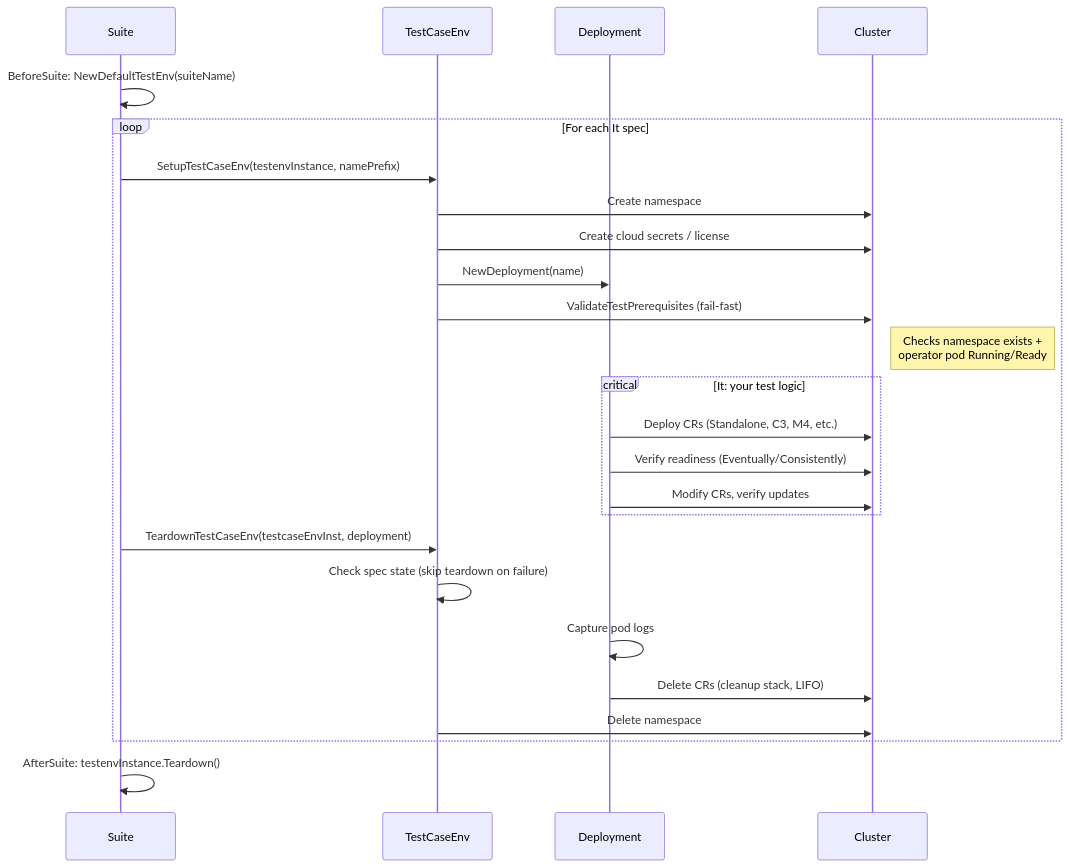
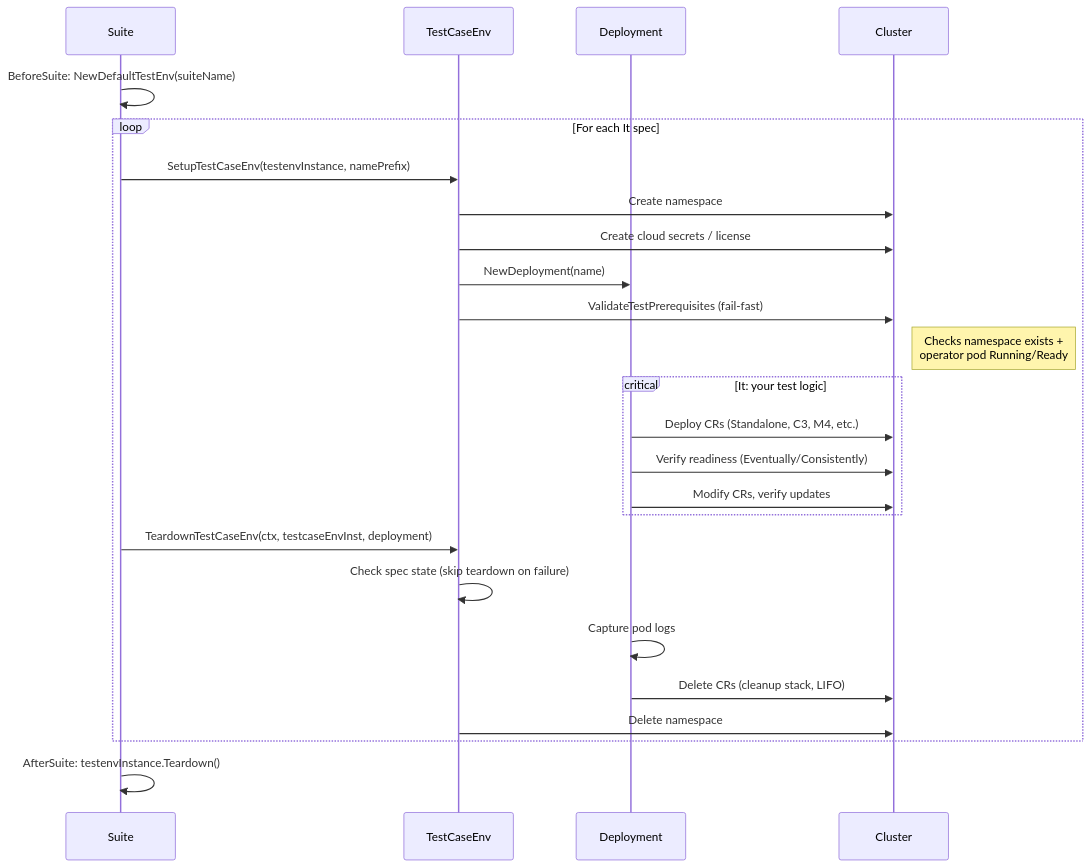
The second of 2 diagrams in docs/develop/IntegrationTesting.md (splunk/splunk-operator), drawn with Mermaid before and after one commit. The commit also changed other lines of this file and 3 other files, not shown here.

````diff
--- a/docs/develop/IntegrationTesting.md
+++ b/docs/develop/IntegrationTesting.md
@@ -144,32 +140,32 @@
 ```mermaid
 sequenceDiagram
     participant Suite
     participant TestCaseEnv
     participant Deployment
     participant Cluster
 
     Suite->>Suite: BeforeSuite: NewDefaultTestEnv(suiteName)
 
     loop For each It spec
         Suite->>TestCaseEnv: SetupTestCaseEnv(testenvInstance, namePrefix)
         TestCaseEnv->>Cluster: Create namespace
         TestCaseEnv->>Cluster: Create cloud secrets / license
         TestCaseEnv->>Deployment: NewDeployment(name)
         TestCaseEnv->>Cluster: ValidateTestPrerequisites (fail-fast)
         Note right of Cluster: Checks namespace exists +<br/>operator pod Running/Ready
 
         critical It: your test logic
             Deployment->>Cluster: Deploy CRs (Standalone, C3, M4, etc.)
             Deployment->>Cluster: Verify readiness (Eventually/Consistently)
             Deployment->>Cluster: Modify CRs, verify updates
         end
 
-        Suite->>TestCaseEnv: TeardownTestCaseEnv(testcaseEnvInst, deployment)
+        Suite->>TestCaseEnv: TeardownTestCaseEnv(ctx, testcaseEnvInst, deployment)
         TestCaseEnv->>TestCaseEnv: Check spec state (skip teardown on failure)
         Deployment->>Deployment: Capture pod logs
         Deployment->>Cluster: Delete CRs (cleanup stack, LIFO)
         TestCaseEnv->>Cluster: Delete namespace
     end
 
     Suite->>Suite: AfterSuite: testenvInstance.Teardown()
 ```
````
